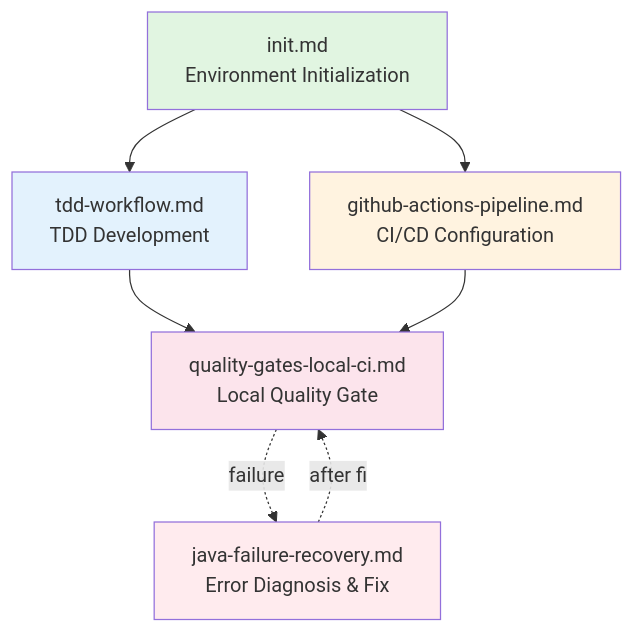
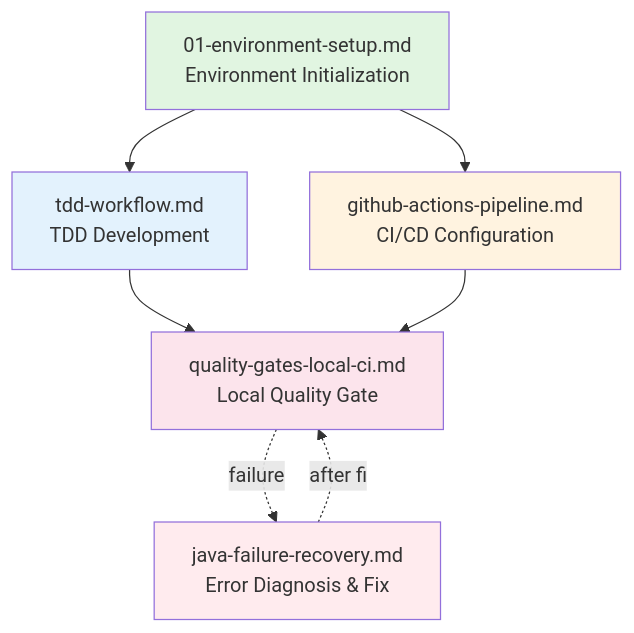
The diagram in .agent/workflows/00-workflow-index.md (ron03wlb/smart-admin), drawn with Mermaid before and after one commit. The commit also changed other lines of this file and 42 other files, not shown here.

````diff
--- a/.agent/workflows/00-workflow-index.md
+++ b/.agent/workflows/00-workflow-index.md
@@ -31,15 +31,15 @@
 ```mermaid
 graph TD
-    A[init.md<br/>Environment Initialization] --> B[tdd-workflow.md<br/>TDD Development]
+    A[01-environment-setup.md<br/>Environment Initialization] --> B[tdd-workflow.md<br/>TDD Development]
     A --> C[github-actions-pipeline.md<br/>CI/CD Configuration]
     B --> D[quality-gates-local-ci.md<br/>Local Quality Gate]
     C --> D
     D -.failure.-> E[java-failure-recovery.md<br/>Error Diagnosis & Fix]
     E -.after fix.-> D
 
     style A fill:#e1f5e1
     style B fill:#e3f2fd
     style C fill:#fff3e0
     style D fill:#fce4ec
     style E fill:#ffebee
 ```
````
